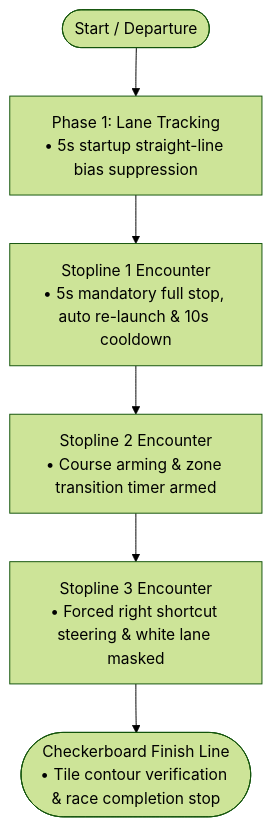
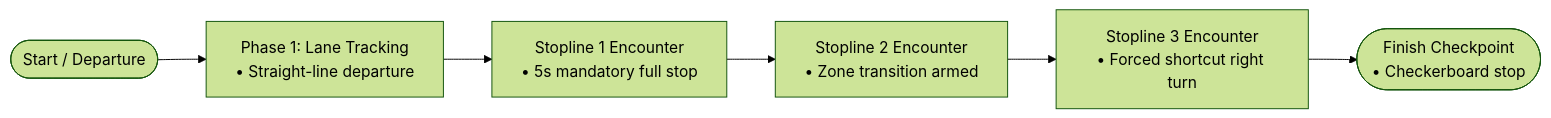
One commit to 1daymore/2025-seame-hackathon changed the second of 2 diagrams in README.md. Above: the diagram before and after it, drawn with Mermaid (forest theme). The commit also changed other lines of this file, not shown here.

Commit message:
docs: adjust architecture and state machine diagrams to horizontal layout

````diff
--- a/README.md
+++ b/README.md
@@ -110,8 +116,8 @@
 ```mermaid
-flowchart TD
-    Start(["Start / Departure"]) --> P1["Phase 1: Lane Tracking<br/>• 5s startup straight-line bias suppression"]
-    P1 --> S1["Stopline 1 Encounter<br/>• 5s mandatory full stop, auto re-launch & 10s cooldown"]
-    S1 --> S2["Stopline 2 Encounter<br/>• Course arming & zone transition timer armed"]
-    S2 --> S3["Stopline 3 Encounter<br/>• Forced right shortcut steering & white lane masked"]
-    S3 --> Finish(["Checkerboard Finish Line<br/>• Tile contour verification & race completion stop"])
+flowchart LR
+    Start(["Start / Departure"]) --> P1["Phase 1: Lane Tracking<br/>• Straight-line departure"]
+    P1 --> S1["Stopline 1 Encounter<br/>• 5s mandatory full stop"]
+    S1 --> S2["Stopline 2 Encounter<br/>• Zone transition armed"]
+    S2 --> S3["Stopline 3 Encounter<br/>• Forced shortcut right turn"]
+    S3 --> Finish(["Finish Checkpoint<br/>• Checkerboard stop"])
 ```
````
